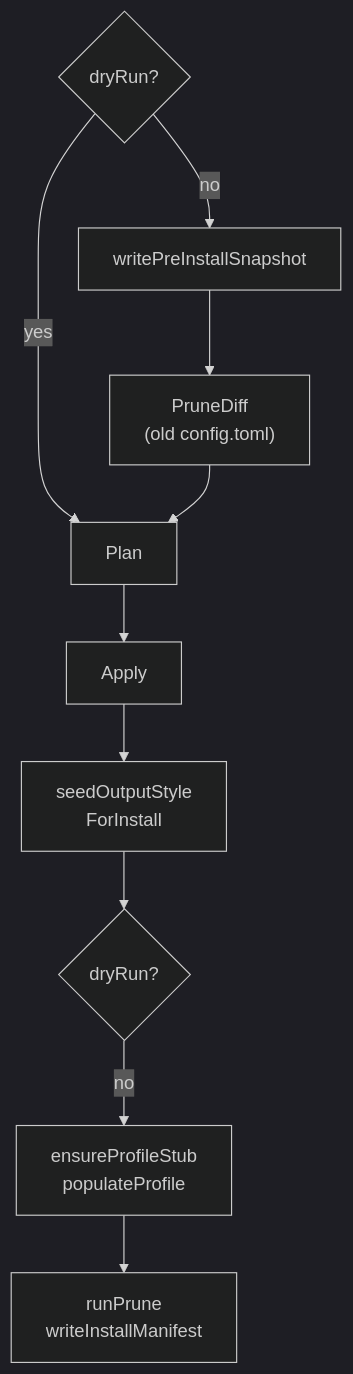
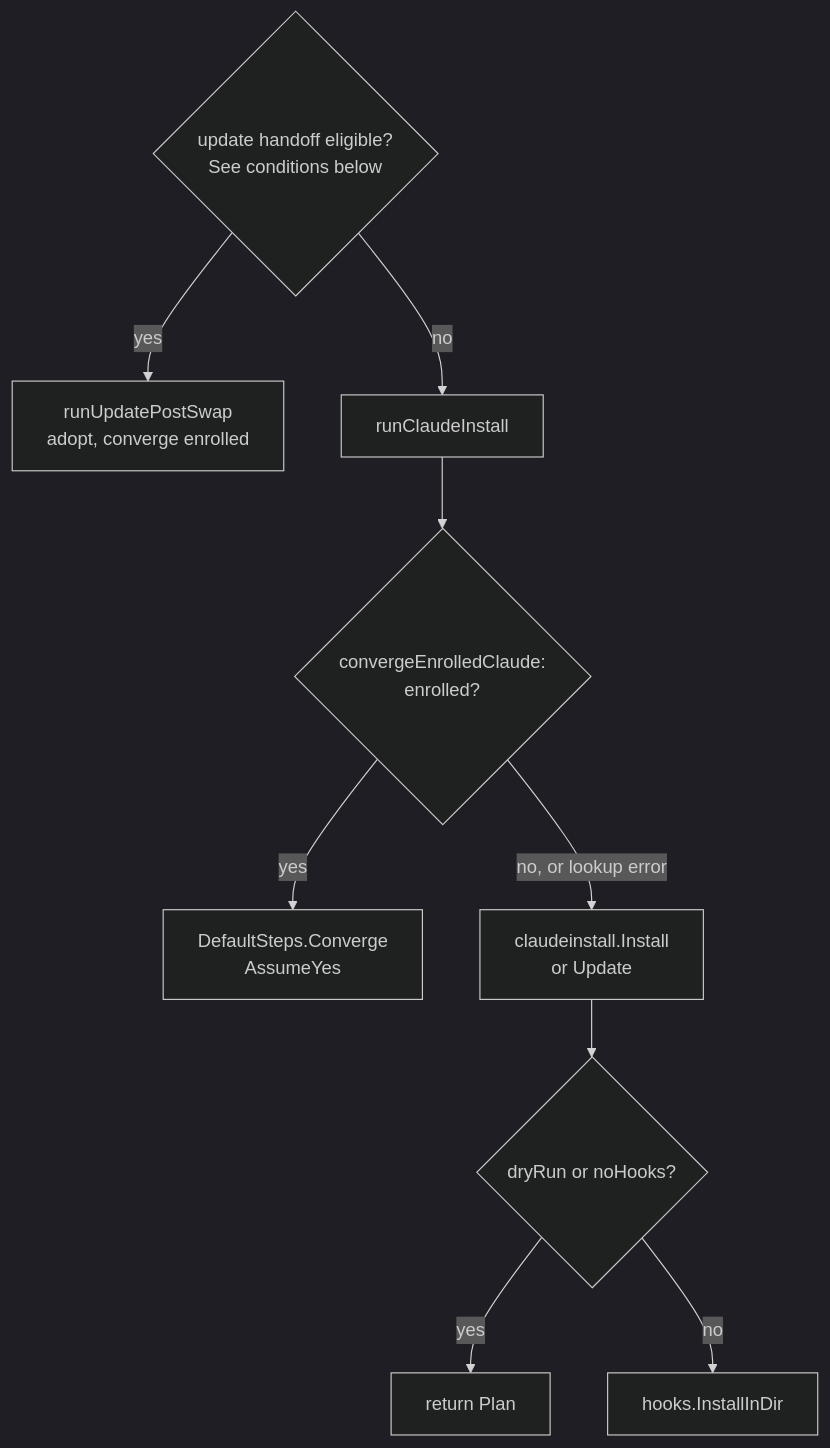
One commit to damusix/atomic-claude changed the second of 5 diagrams in docs/wiki/bundle.md. Above: the diagram before and after it, drawn with Mermaid (dark theme). The commit also changed other lines of this file and 800 other files, not shown here.

First line of the commit message:
feat!: install Atomic across Claude Code, OMP, and Codex

````diff
--- a/docs/wiki/bundle.md
+++ b/docs/wiki/bundle.md
@@ -118,13 +140,12 @@
 ```mermaid
 flowchart TD
-    %% source: atomic/internal/claudeinstall/install.go, atomic/internal/claudeinstall/manifest.go, atomic/internal/claudeinstall/snapshot.go
-    D1{"dryRun?"} -->|no| S["writePreInstallSnapshot"]
-    S --> O["PruneDiff<br/>(old config.toml)"]
-    D1 -->|yes| P["Plan"]
-    O --> P
-    P --> A["Apply"]
-    A --> SEED["seedOutputStyle<br/>ForInstall"]
-    SEED --> D2{"dryRun?"}
-    D2 -->|no| PR["ensureProfileStub<br/>populateProfile"]
-    PR --> W["runPrune<br/>writeInstallManifest"]
+    %% source: atomic/cmd/atomic/cmd_claude.go, atomic/cmd/atomic/cmd_update.go
+    A{"update handoff eligible?<br/>See conditions below"} -->|yes| P["runUpdatePostSwap<br/>adopt, converge enrolled"]
+    A -->|no| R["runClaudeInstall"]
+    R --> E{"convergeEnrolledClaude:<br/>enrolled?"}
+    E -->|yes| C["DefaultSteps.Converge<br/>AssumeYes"]
+    E -->|"no, or lookup error"| L["claudeinstall.Install<br/>or Update"]
+    L --> D{"dryRun or noHooks?"}
+    D -->|yes| OUT["return Plan"]
+    D -->|no| H["hooks.InstallInDir"]
 ```
````
